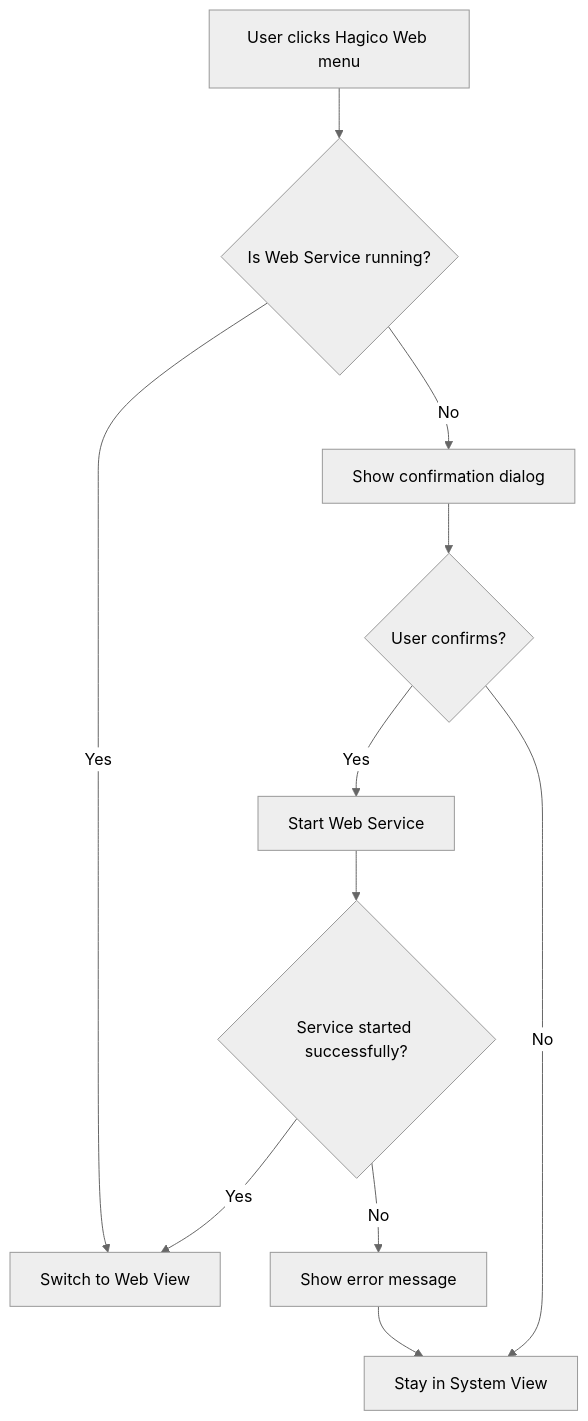
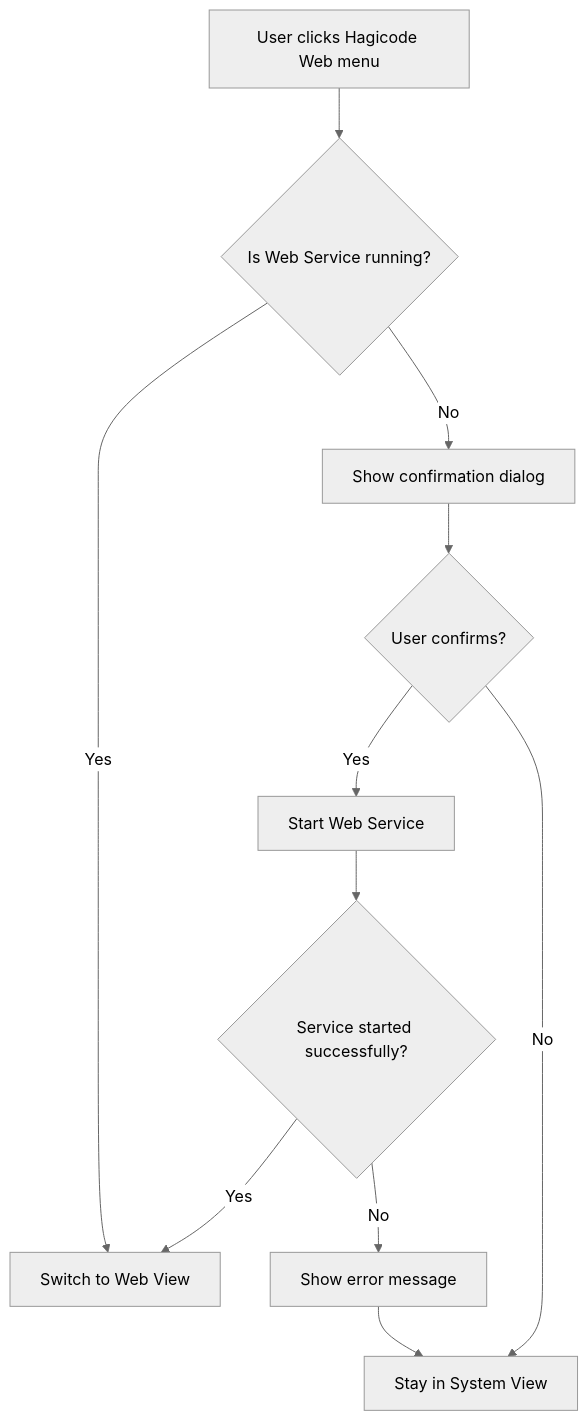
The second of 3 diagrams in openspec/changes/archive/2026-02-04-electron-top-menu-bar-implementation/design.md (HagiCode-org/desktop), drawn with Mermaid (neutral theme) before and after one commit. The commit also changed other lines of this file and 208 other files, not shown here.

````diff
--- a/openspec/changes/archive/2026-02-04-electron-top-menu-bar-implementation/design.md
+++ b/openspec/changes/archive/2026-02-04-electron-top-menu-bar-implementation/design.md
@@ -101,13 +101,13 @@
 ```mermaid
 flowchart TD
-    A[User clicks Hagico Web menu] --> B{Is Web Service running?}
+    A[User clicks Hagicode Web menu] --> B{Is Web Service running?}
     B -->|Yes| C[Switch to Web View]
     B -->|No| D[Show confirmation dialog]
     D --> E{User confirms?}
     E -->|Yes| F[Start Web Service]
     E -->|No| G[Stay in System View]
     F --> H{Service started successfully?}
     H -->|Yes| C
     H -->|No| I[Show error message]
     I --> G
 ```
````
